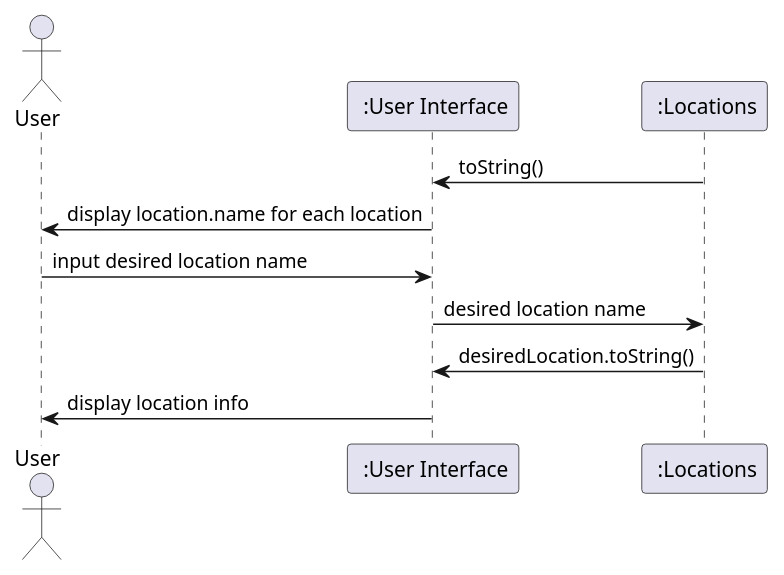
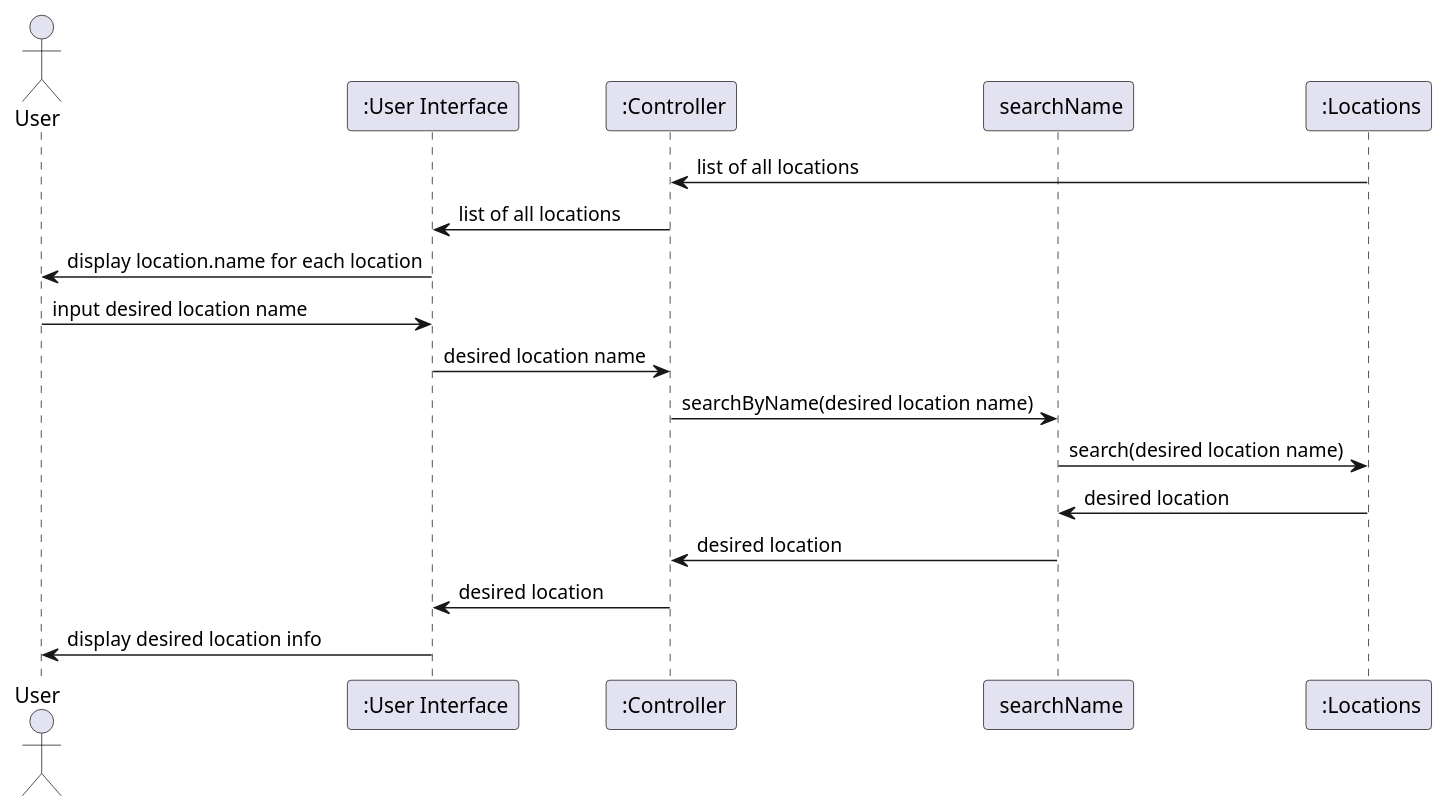
The third of 4 diagrams in intellij/documentation/design.md (manoushpajouh/Vassar-Crowdmeter), drawn with PlantUML before and after one commit.

Commit message:
updated prototype and browse locations sequence diagrams

````diff
--- a/intellij/documentation/design.md
+++ b/intellij/documentation/design.md
@@ -125,12 +125,19 @@
 ```plantuml
 actor User as user
 participant " :User Interface" as ui
+participant " :Controller" as controller
+participant " searchName" as sn
 participant " :Locations"  as locations
-locations -> ui: toString()
+locations -> controller: list of all locations
+controller -> ui: list of all locations
 ui -> user: display location.name for each location
 user -> ui: input desired location name
-ui -> locations: desired location name
-locations -> ui: desiredLocation.toString()
-ui -> user: display location info
+ui -> controller: desired location name
+controller -> sn: searchByName(desired location name)
+sn -> locations: search(desired location name)
+locations -> sn: desired location
+sn -> controller: desired location
+controller -> ui: desired location
+ui -> user: display desired location info 
 @enduml
 ```
````
